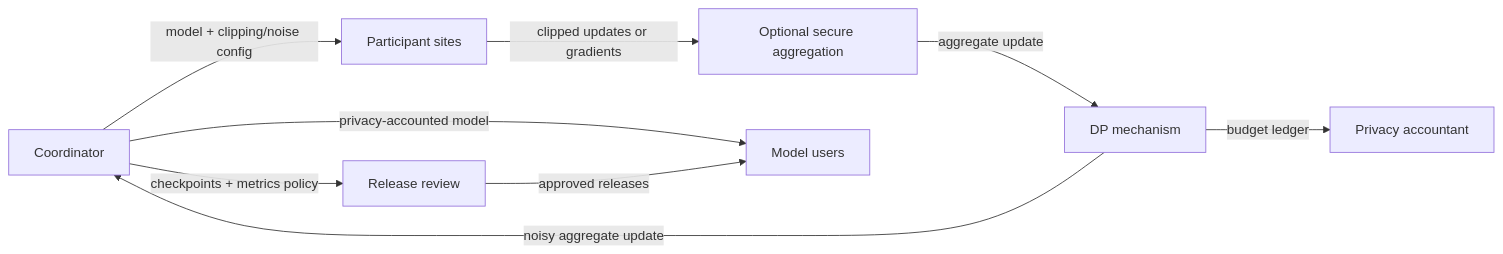
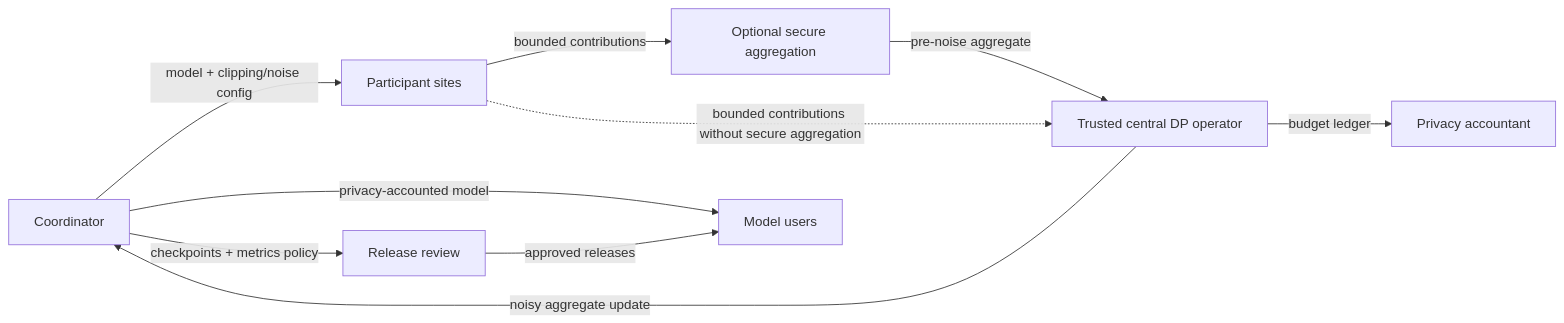
One commit to I-Love-PETs/i-love-pets.github.io changed the diagram in docs/pet-architectures/fl-differential-privacy.md. Above: the diagram before and after it, drawn with Mermaid. The commit also changed other lines of this file and 17 other files, not shown here.

````diff
--- a/docs/pet-architectures/fl-differential-privacy.md
+++ b/docs/pet-architectures/fl-differential-privacy.md
@@ -32,12 +32,13 @@
 ```mermaid
 %%{init: {"flowchart": {"useMaxWidth": false}}}%%
 flowchart LR
   C[Coordinator] -->|model + clipping/noise config| A[Participant sites]
-  A -->|clipped updates or gradients| S[Optional secure aggregation]
-  S -->|aggregate update| D[DP mechanism]
+  A -->|bounded contributions| S[Optional secure aggregation]
+  S -->|pre-noise aggregate| D[Trusted central DP operator]
+  A -.->|bounded contributions without secure aggregation| D
   D -->|noisy aggregate update| C
   C -->|privacy-accounted model| U[Model users]
   D -->|budget ledger| P[Privacy accountant]
   C -->|checkpoints + metrics policy| R[Release review]
   R -->|approved releases| U
 ```
````
